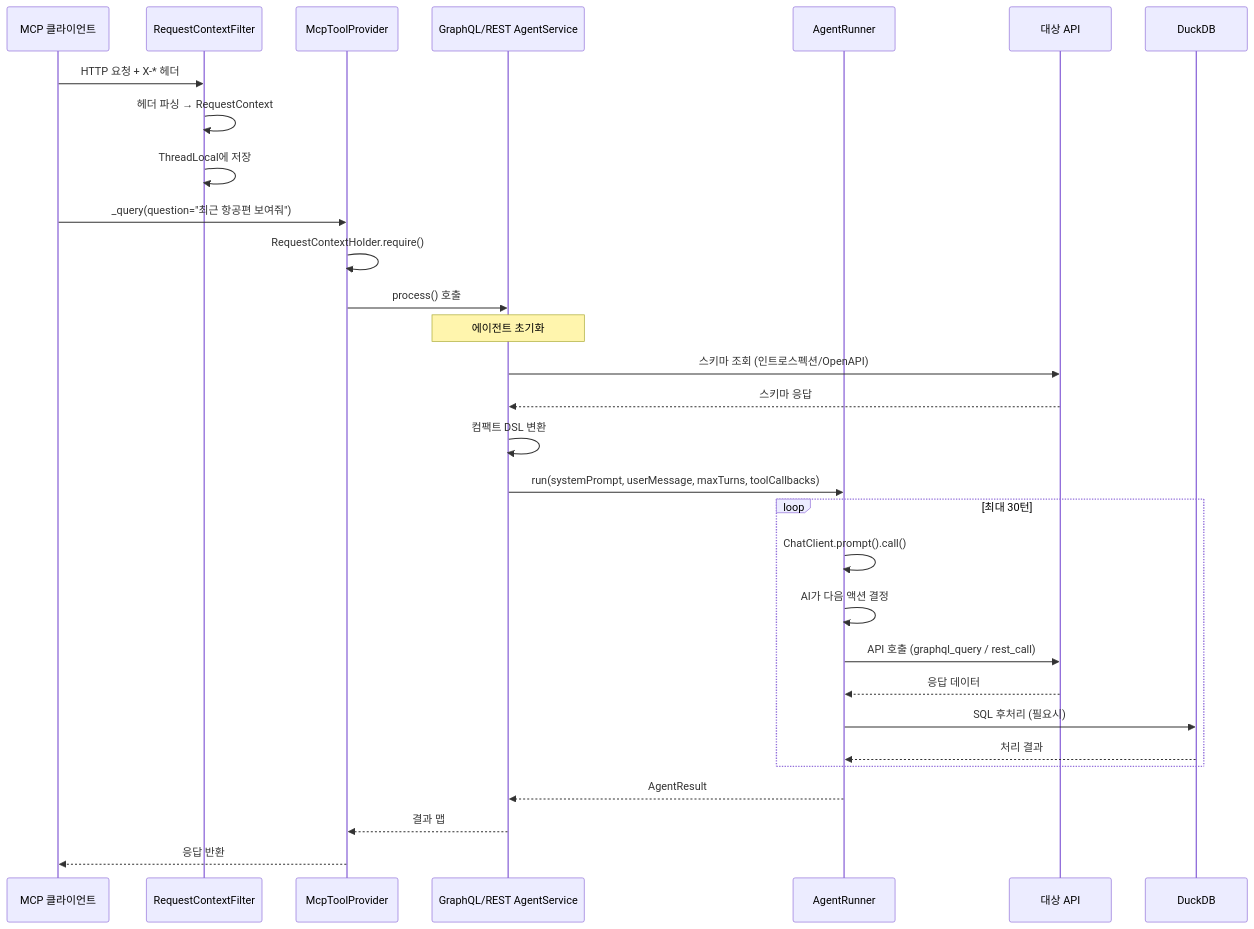
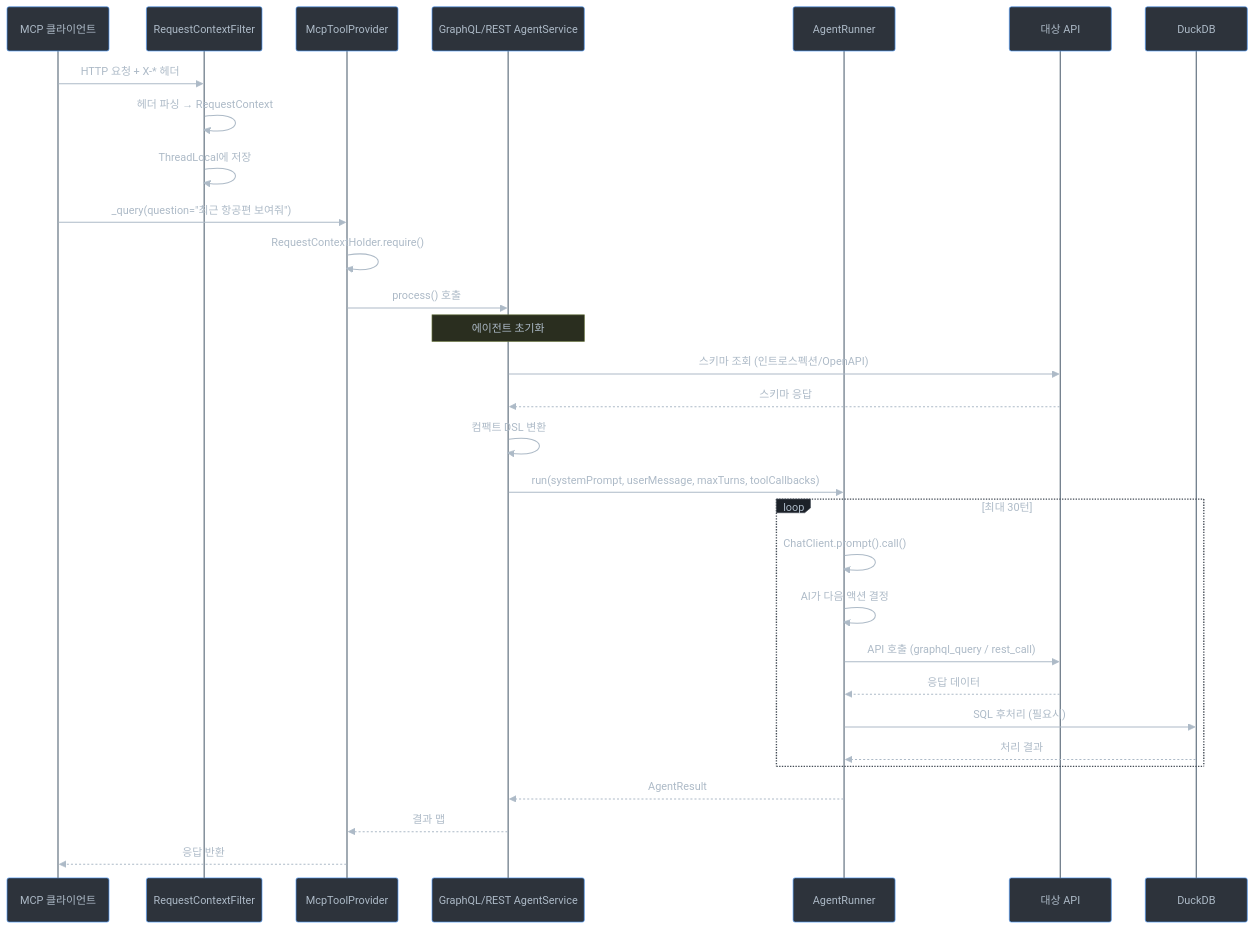
Before and after one commit to yeochul-jeon/api-ai-agent: the second of 3 diagrams in docs/03-아키텍처.md, drawn with Mermaid. The commit also changed other lines of this file and 4 other files, not shown here.

First line of the commit message:
style: Mermaid 다이어그램 다크테마 스타일링 적용

````diff
--- a/docs/03-아키텍처.md
+++ b/docs/03-아키텍처.md
@@ -162,38 +163,39 @@
 ```mermaid
+%%{init: {'theme': 'base', 'themeVariables': {'actorBkg': '#2d333b', 'actorBorder': '#539bf5', 'actorTextColor': '#adbac7', 'actorLineColor': '#768390', 'signalColor': '#adbac7', 'signalTextColor': '#adbac7', 'labelBoxBkgColor': '#1c2128', 'labelBoxBorderColor': '#444c56', 'labelTextColor': '#adbac7', 'loopTextColor': '#adbac7', 'activationBorderColor': '#539bf5', 'activationBkgColor': '#2d333b', 'sequenceNumberColor': '#adbac7', 'noteBkgColor': '#2a2e1f', 'noteBorderColor': '#636e3a', 'noteTextColor': '#adbac7'}}}%%
 sequenceDiagram
     participant Client as MCP 클라이언트
     participant Filter as RequestContextFilter
     participant MCP as McpToolProvider
     participant Agent as GraphQL/REST AgentService
     participant Runner as AgentRunner
     participant API as 대상 API
     participant DB as DuckDB
 
     Client->>Filter: HTTP 요청 + X-* 헤더
     Filter->>Filter: 헤더 파싱 → RequestContext
     Filter->>Filter: ThreadLocal에 저장
 
     Client->>MCP: _query(question="최근 항공편 보여줘")
     MCP->>MCP: RequestContextHolder.require()
     MCP->>Agent: process() 호출
 
     Note over Agent: 에이전트 초기화
     Agent->>API: 스키마 조회 (인트로스펙션/OpenAPI)
     API-->>Agent: 스키마 응답
     Agent->>Agent: 컴팩트 DSL 변환
 
     Agent->>Runner: run(systemPrompt, userMessage, maxTurns, toolCallbacks)
 
     loop 최대 30턴
         Runner->>Runner: ChatClient.prompt().call()
         Runner->>Runner: AI가 다음 액션 결정
         Runner->>API: API 호출 (graphql_query / rest_call)
         API-->>Runner: 응답 데이터
         Runner->>DB: SQL 후처리 (필요시)
         DB-->>Runner: 처리 결과
     end
 
     Runner-->>Agent: AgentResult
     Agent-->>MCP: 결과 맵
     MCP-->>Client: 응답 반환
 ```
````
